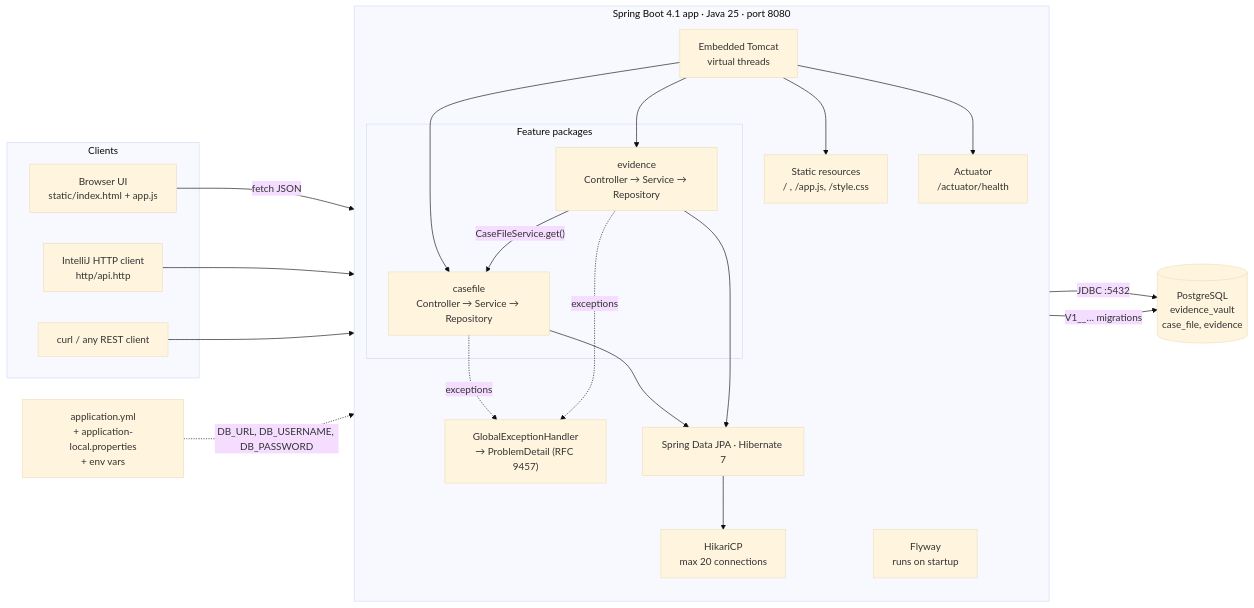
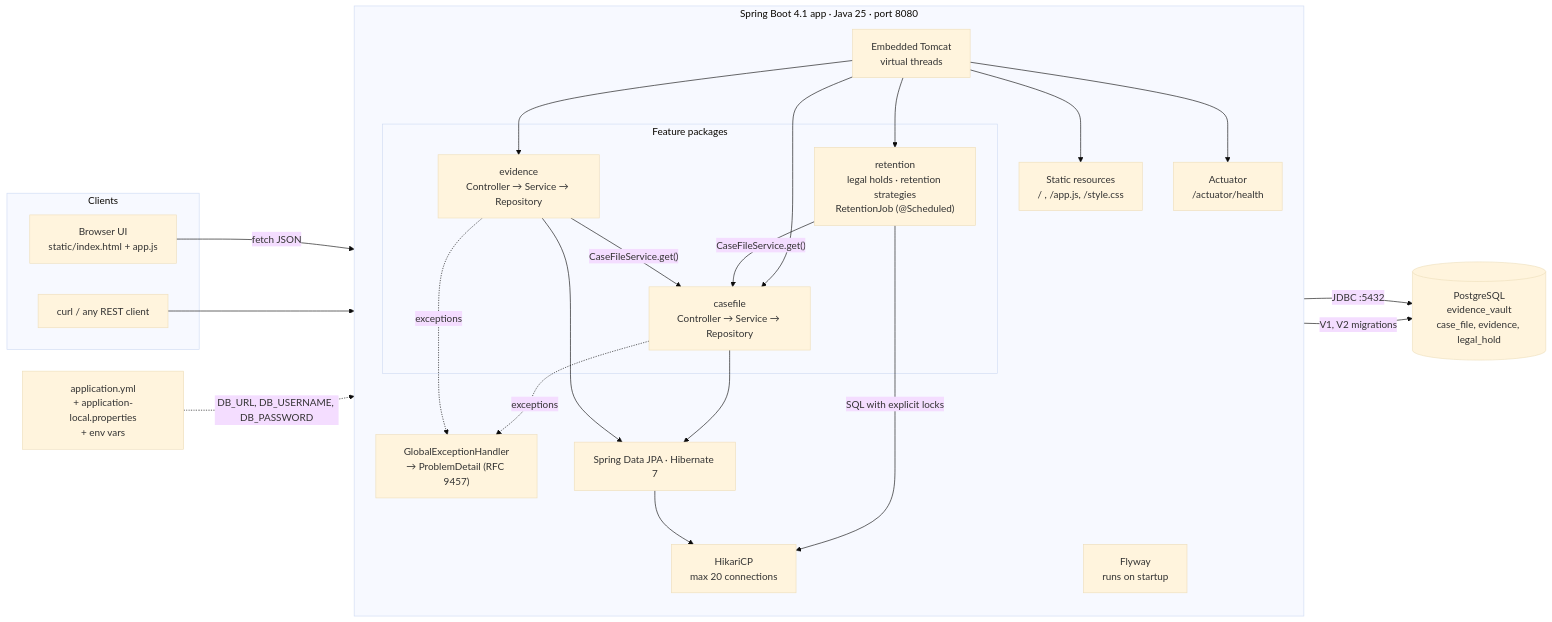
One commit to layducky/evidence_vault changed the first of 5 diagrams in docs/ARCHITECTURE.md. Above: the diagram before and after it, drawn with Mermaid (base theme). The commit also changed other lines of this file and 60 other files, not shown here.

First line of the commit message:
feat(retention): fix legal hold vs retention write skew (Phase 1)

````diff
--- a/docs/ARCHITECTURE.md
+++ b/docs/ARCHITECTURE.md
@@ -11,43 +11,45 @@
 ```mermaid
 flowchart LR
     subgraph Clients
         UI["Browser UI<br/>static/index.html + app.js"]
-        HTTP["IntelliJ HTTP client<br/>http/api.http"]
         CURL["curl / any REST client"]
     end
 
     subgraph App["Spring Boot 4.1 app · Java 25 · port 8080"]
         direction TB
         TC["Embedded Tomcat<br/>virtual threads"]
         STATIC["Static resources<br/>/ , /app.js, /style.css"]
         ACT["Actuator<br/>/actuator/health"]
         subgraph Features["Feature packages"]
             CASE["casefile<br/>Controller → Service → Repository"]
             EVID["evidence<br/>Controller → Service → Repository"]
+            RET["retention<br/>legal holds · retention strategies<br/>RetentionJob (@Scheduled)"]
         end
         GEH["GlobalExceptionHandler<br/>→ ProblemDetail (RFC 9457)"]
         JPA["Spring Data JPA · Hibernate 7"]
         POOL["HikariCP<br/>max 20 connections"]
         FLY["Flyway<br/>runs on startup"]
     end
 
-    DB[("PostgreSQL<br/>evidence_vault<br/>case_file, evidence")]
+    DB[("PostgreSQL<br/>evidence_vault<br/>case_file, evidence, legal_hold")]
     CFG["application.yml<br/>+ application-local.properties<br/>+ env vars"]
 
     UI -- "fetch JSON" --> TC
-    HTTP --> TC
     CURL --> TC
     TC --> STATIC
     TC --> ACT
     TC --> CASE
     TC --> EVID
+    TC --> RET
+    RET -- "CaseFileService.get()" --> CASE
+    RET -- "SQL with explicit locks" --> POOL
     EVID -- "CaseFileService.get()" --> CASE
     CASE -. exceptions .-> GEH
     EVID -. exceptions .-> GEH
     CASE --> JPA
     EVID --> JPA
     JPA --> POOL
     POOL -- "JDBC :5432" --> DB
-    FLY -- "V1__… migrations" --> DB
+    FLY -- "V1, V2 migrations" --> DB
     CFG -. "DB_URL, DB_USERNAME, DB_PASSWORD" .-> POOL
 ```
````
